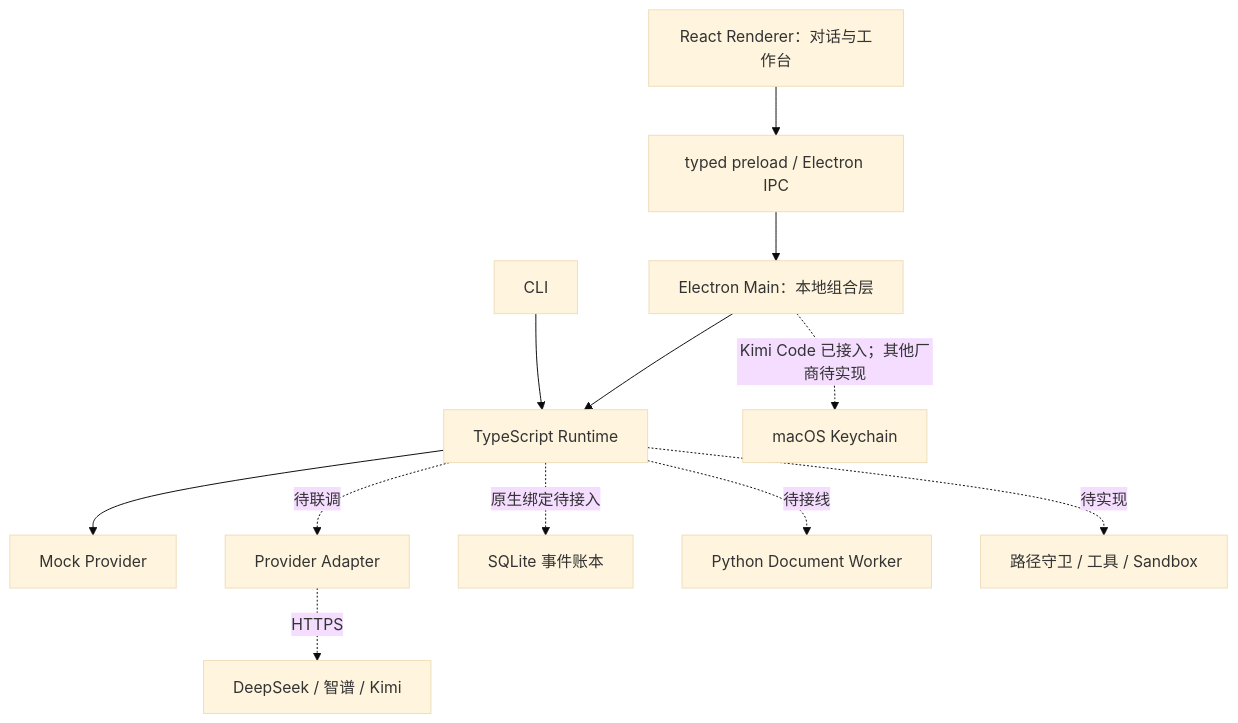
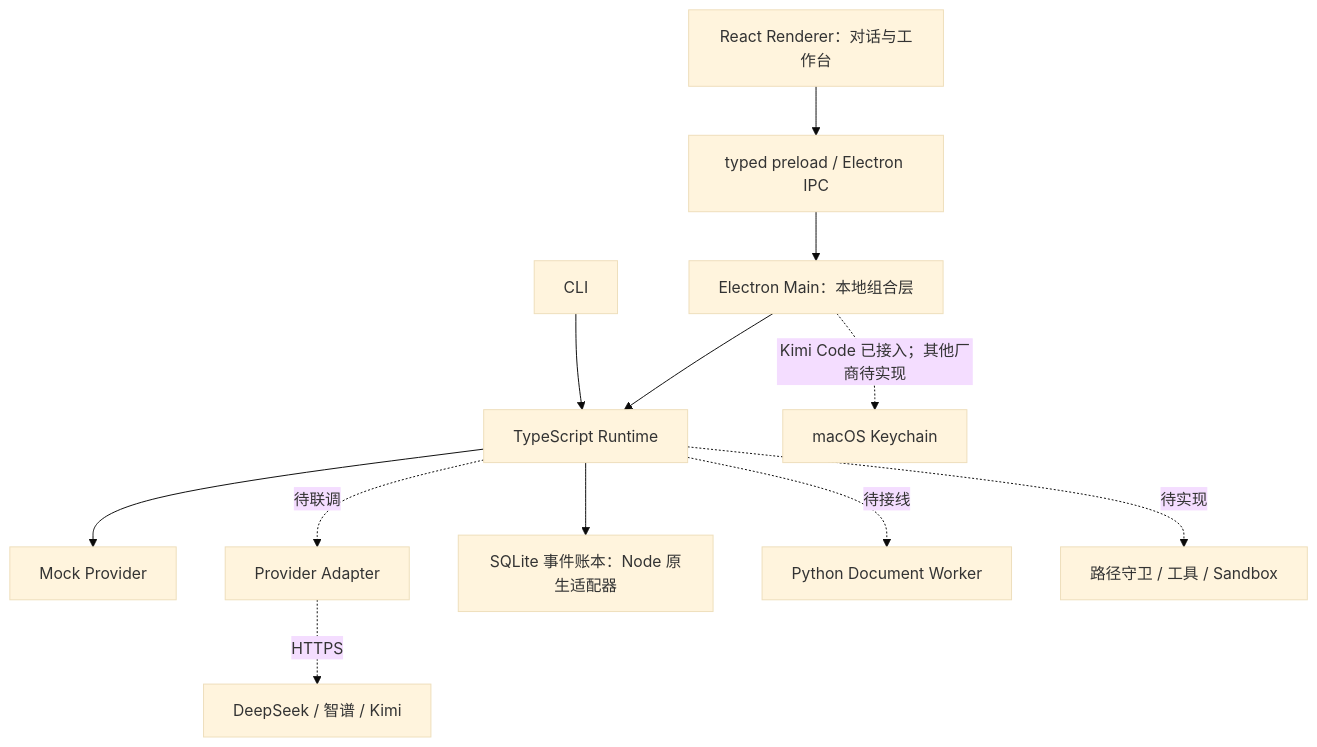
The diagram in docs/design/desktop-runtime-boundary.md (KG2013/Helm), drawn with Mermaid (base theme) before and after one commit. The commit also changed other lines of this file and 23 other files, not shown here.

Commit message:
feat(runtime): add SQLite recovery and provider contract

````diff
--- a/docs/design/desktop-runtime-boundary.md
+++ b/docs/design/desktop-runtime-boundary.md
@@ -11,14 +11,14 @@
 ```mermaid
 flowchart TD
     UI[React Renderer：对话与工作台] --> Bridge[typed preload / Electron IPC]
     Bridge --> Main[Electron Main：本地组合层]
     Main --> Runtime[TypeScript Runtime]
     CLI[CLI] --> Runtime
     Runtime --> Mock[Mock Provider]
     Runtime -. 待联调 .-> Adapter[Provider Adapter]
     Adapter -. HTTPS .-> LLM[DeepSeek / 智谱 / Kimi]
     Main -. Kimi Code 已接入；其他厂商待实现 .-> Keychain[macOS Keychain]
-    Runtime -. 原生绑定待接入 .-> SQLite[SQLite 事件账本]
+    Runtime --> SQLite[SQLite 事件账本：Node 原生适配器]
     Runtime -. 待接线 .-> Worker[Python Document Worker]
     Runtime -. 待实现 .-> Execution[路径守卫 / 工具 / Sandbox]
 ```
````
